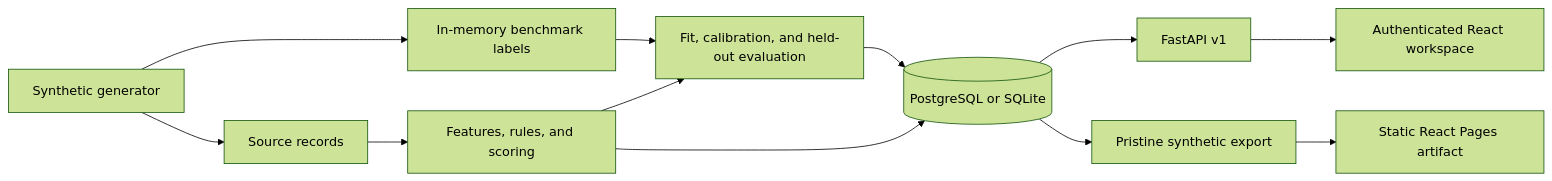
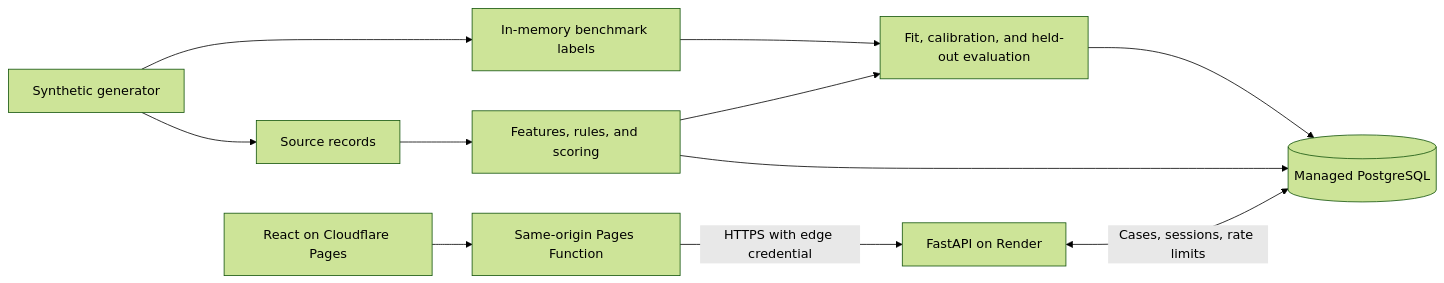
One commit to vtooooooo/retirement-trace changed the diagram in docs/system-architecture.md. Above: the diagram before and after it, drawn with Mermaid (forest theme). The commit also changed other lines of this file and 29 other files, not shown here.

````diff
--- a/docs/system-architecture.md
+++ b/docs/system-architecture.md
@@ -3,14 +3,13 @@
 ```mermaid
 flowchart LR
     G[Synthetic generator] --> S[Source records]
     G --> L[In-memory benchmark labels]
     S --> I[Features, rules, and scoring]
     L --> V[Fit, calibration, and held-out evaluation]
     I --> V
-    V --> D[(PostgreSQL or SQLite)]
+    V --> D[(Managed PostgreSQL)]
     I --> D
-    D --> A[FastAPI v1]
-    A --> W[Authenticated React workspace]
-    D --> E[Pristine synthetic export]
-    E --> P[Static React Pages artifact]
+    W[React on Cloudflare Pages] --> F[Same-origin Pages Function]
+    F -->|HTTPS with edge credential| A[FastAPI on Render]
+    A <-->|Cases, sessions, rate limits| D
 ```
````
